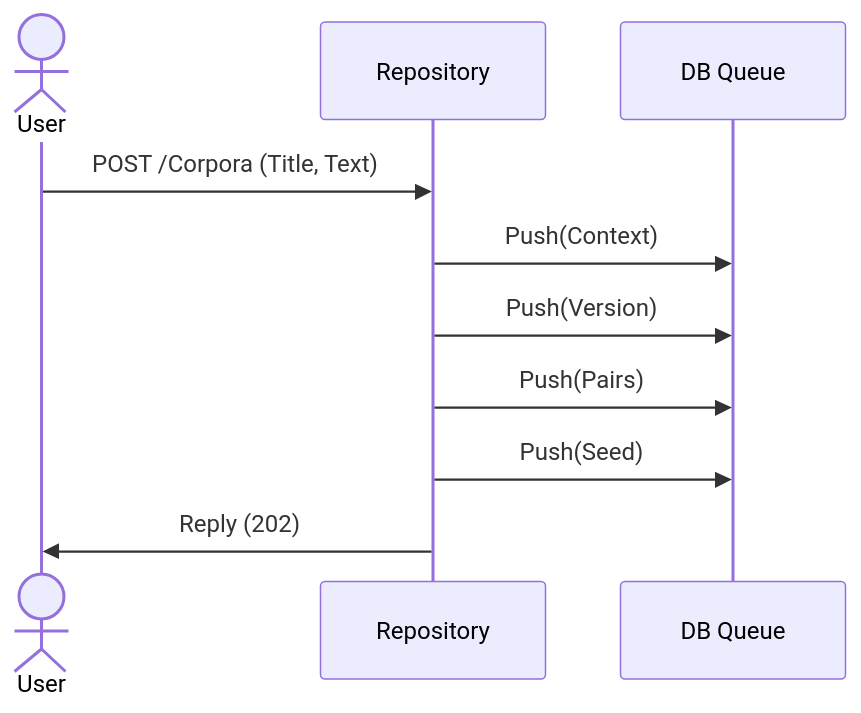
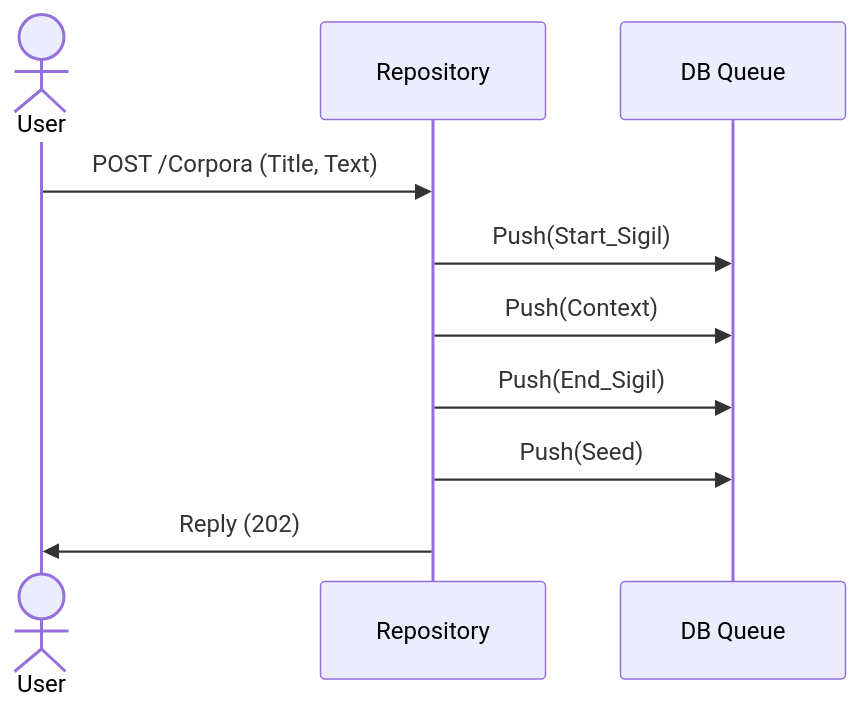
Before and after one commit to michaelrauh/crochet: the diagram in design/post_corpora.md, drawn with Mermaid. The commit also changed 18 other files, not shown here.

````diff
--- a/design/post_corpora.md
+++ b/design/post_corpora.md
@@ -1,14 +1,14 @@
 ```mermaid
 sequenceDiagram
     Actor User 
     participant User
     participant Repository
     participant DB Queue
 
     User->>Repository: POST /Corpora (Title, Text)
+    Repository->>DB Queue: Push(Start_Sigil)
     Repository->>DB Queue: Push(Context)
-    Repository->>DB Queue: Push(Version) 
-    Repository->>DB Queue: Push(Pairs)
+    Repository->>DB Queue: Push(End_Sigil)
     Repository->>DB Queue: Push(Seed)
     Repository->>User: Reply (202)  
 ``` 
````
